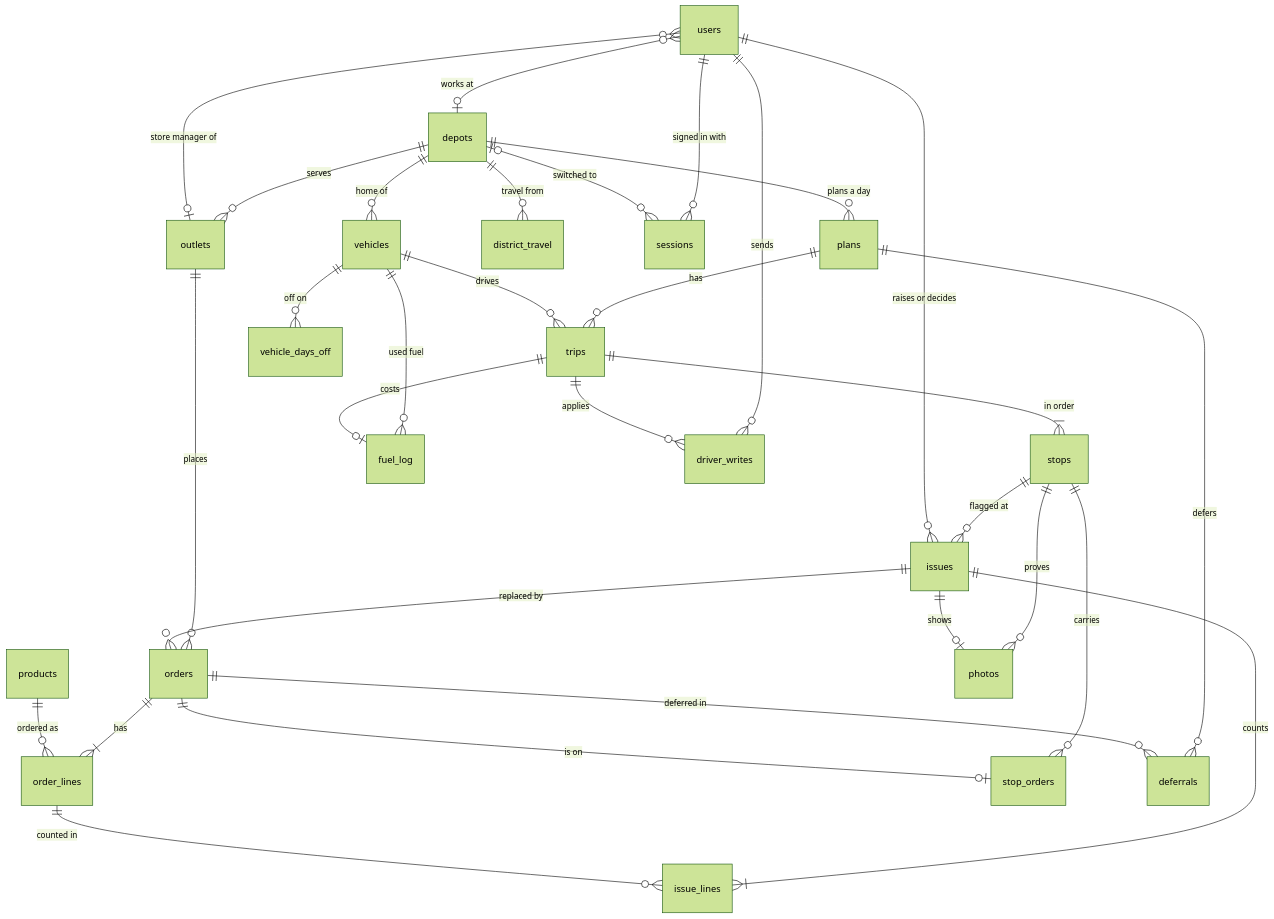
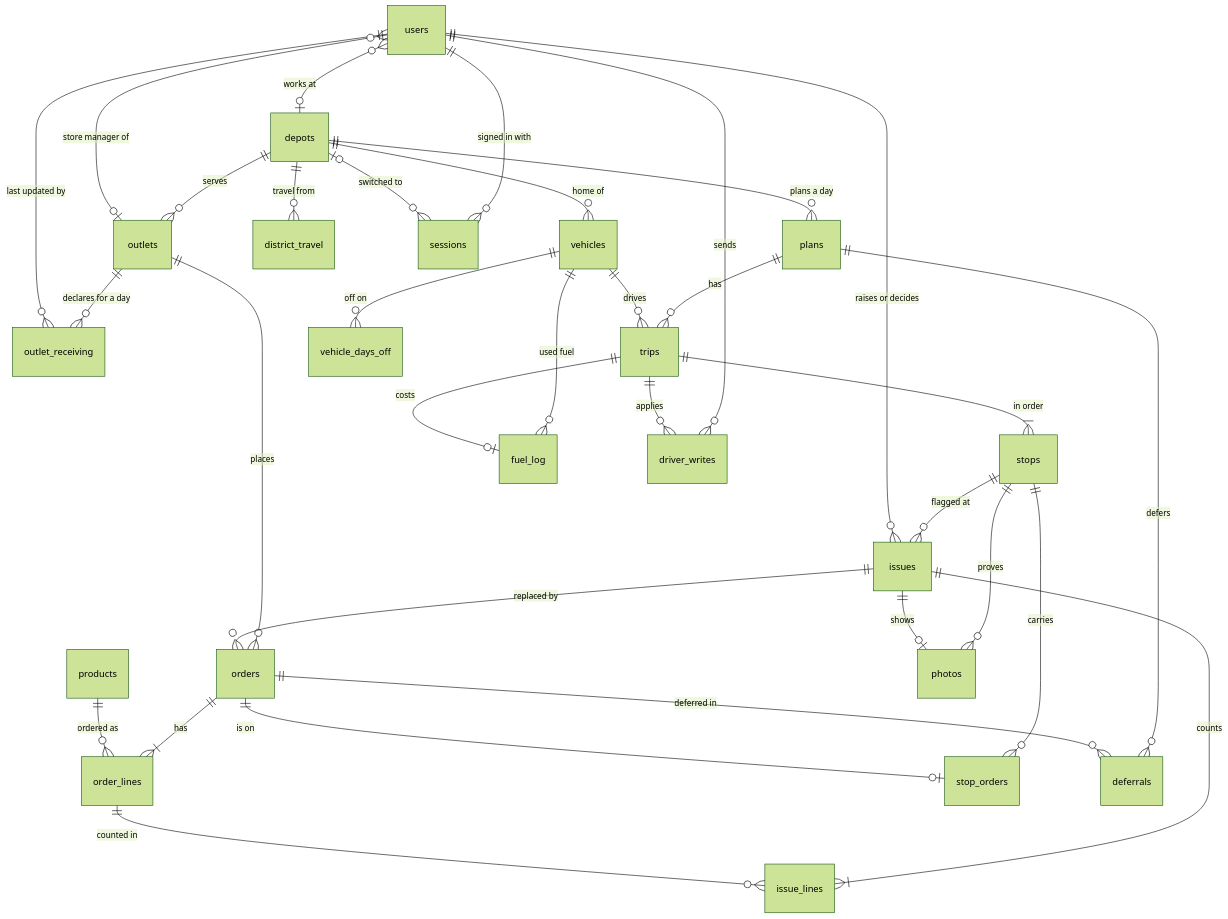
One commit to nabil11111/Vectorious_Wayfinder changed the diagram in docs/data-model.md. Above: the diagram before and after it, drawn with Mermaid (forest theme). The commit also changed other lines of this file, not shown here.

Commit message:
document dated shop receiving declarations

````diff
--- a/docs/data-model.md
+++ b/docs/data-model.md
@@ -6,33 +6,35 @@
 ```mermaid
 erDiagram
     depots ||--o{ outlets : serves
     depots ||--o{ vehicles : "home of"
     depots ||--o{ district_travel : "travel from"
     outlets ||--o{ orders : places
+    outlets ||--o{ outlet_receiving : "declares for a day"
+    users ||--o{ outlet_receiving : "last updated by"
     orders ||--|{ order_lines : has
     products ||--o{ order_lines : "ordered as"
     users }o--o| outlets : "store manager of"
     users }o--o| depots : "works at"
     users ||--o{ sessions : "signed in with"
     depots |o--o{ sessions : "switched to"
     depots ||--o{ plans : "plans a day"
     plans ||--o{ trips : has
     vehicles ||--o{ trips : drives
     trips ||--|{ stops : "in order"
     stops ||--o{ stop_orders : carries
     orders ||--o| stop_orders : "is on"
     plans ||--o{ deferrals : "defers"
     orders ||--o{ deferrals : "deferred in"
     vehicles ||--o{ vehicle_days_off : "off on"
     vehicles ||--o{ fuel_log : "used fuel"
     trips ||--o| fuel_log : "costs"
     stops ||--o{ issues : "flagged at"
     issues ||--|{ issue_lines : counts
     order_lines ||--o{ issue_lines : "counted in"
     users ||--o{ issues : "raises or decides"
     users ||--o{ driver_writes : sends
     trips ||--o{ driver_writes : applies
     stops ||--o{ photos : proves
     issues ||--o| photos : shows
     issues ||--o{ orders : "replaced by"
 ```
````
